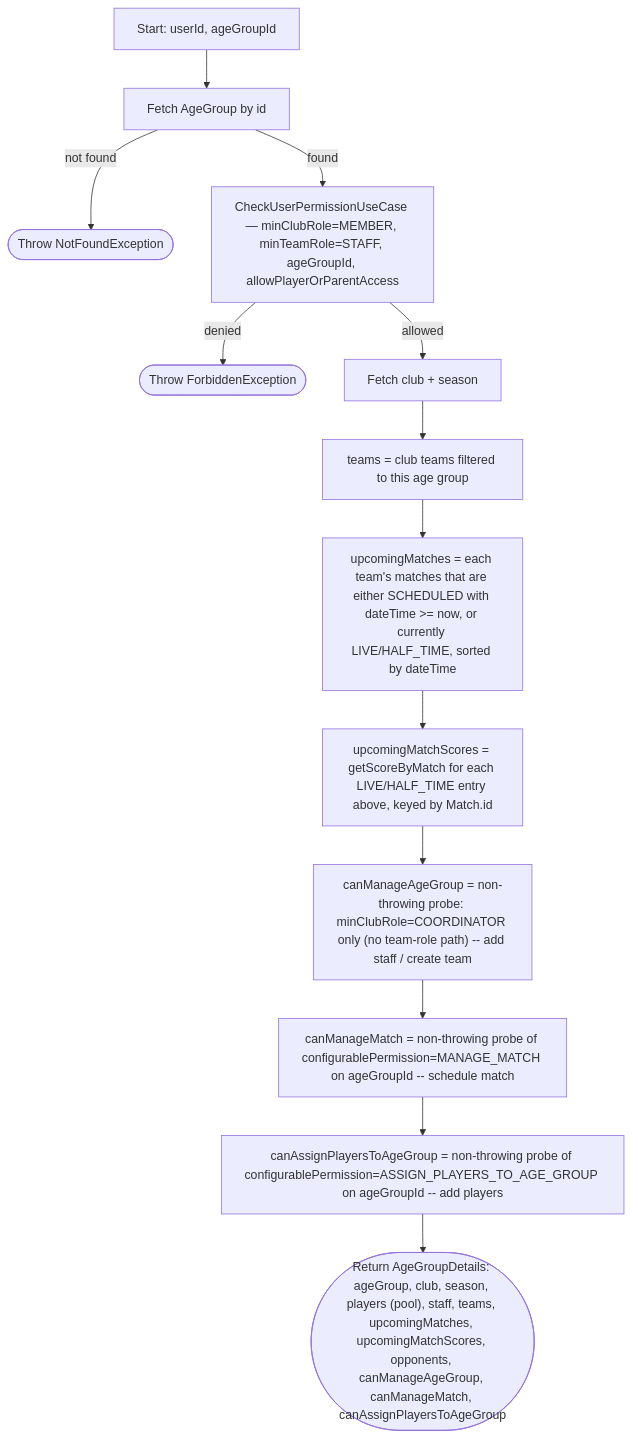
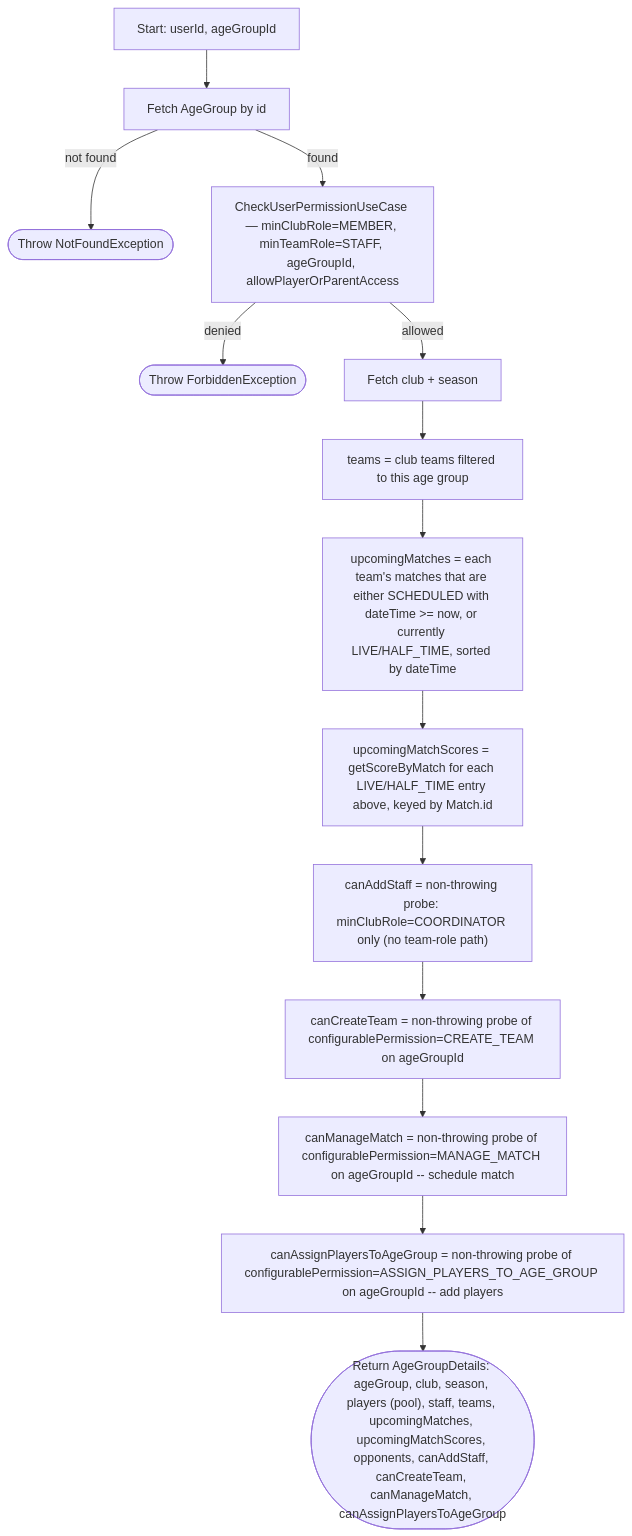
Before and after one commit to ricardofrango/squadify: diagram 26 of 57 in PROCESS_FLOWS.md, drawn with Mermaid. The commit also changed other lines of this file and 12 other files, not shown here.

First line of the commit message:
Make "Create Team" a configurable permission, defaulting to Coach

````diff
--- a/PROCESS_FLOWS.md
+++ b/PROCESS_FLOWS.md
@@ -490,15 +490,16 @@
 ```mermaid
 graph TD
     A[Start: userId, ageGroupId] --> B[Fetch AgeGroup by id]
     B -- not found --> N(["Throw NotFoundException"])
     B -- found --> C[CheckUserPermissionUseCase — minClubRole=MEMBER, minTeamRole=STAFF, ageGroupId, allowPlayerOrParentAccess]
     C -- denied --> F(["Throw ForbiddenException"])
     C -- allowed --> D[Fetch club + season]
     D --> E[teams = club teams filtered to this age group]
     E --> G["upcomingMatches = each team's matches that are either SCHEDULED with dateTime >= now, or currently LIVE/HALF_TIME, sorted by dateTime"]
     G --> G2["upcomingMatchScores = getScoreByMatch for each LIVE/HALF_TIME entry above, keyed by Match.id"]
-    G2 --> H["canManageAgeGroup = non-throwing probe: minClubRole=COORDINATOR only (no team-role path) -- add staff / create team"]
-    H --> H2["canManageMatch = non-throwing probe of configurablePermission=MANAGE_MATCH on ageGroupId -- schedule match"]
+    G2 --> H["canAddStaff = non-throwing probe: minClubRole=COORDINATOR only (no team-role path)"]
+    H --> H1["canCreateTeam = non-throwing probe of configurablePermission=CREATE_TEAM on ageGroupId"]
+    H1 --> H2["canManageMatch = non-throwing probe of configurablePermission=MANAGE_MATCH on ageGroupId -- schedule match"]
     H2 --> H3["canAssignPlayersToAgeGroup = non-throwing probe of configurablePermission=ASSIGN_PLAYERS_TO_AGE_GROUP on ageGroupId -- add players"]
-    H3 --> Z(["Return AgeGroupDetails: ageGroup, club, season, players (pool), staff, teams, upcomingMatches, upcomingMatchScores, opponents, canManageAgeGroup, canManageMatch, canAssignPlayersToAgeGroup"])
+    H3 --> Z(["Return AgeGroupDetails: ageGroup, club, season, players (pool), staff, teams, upcomingMatches, upcomingMatchScores, opponents, canAddStaff, canCreateTeam, canManageMatch, canAssignPlayersToAgeGroup"])
 ```
````
